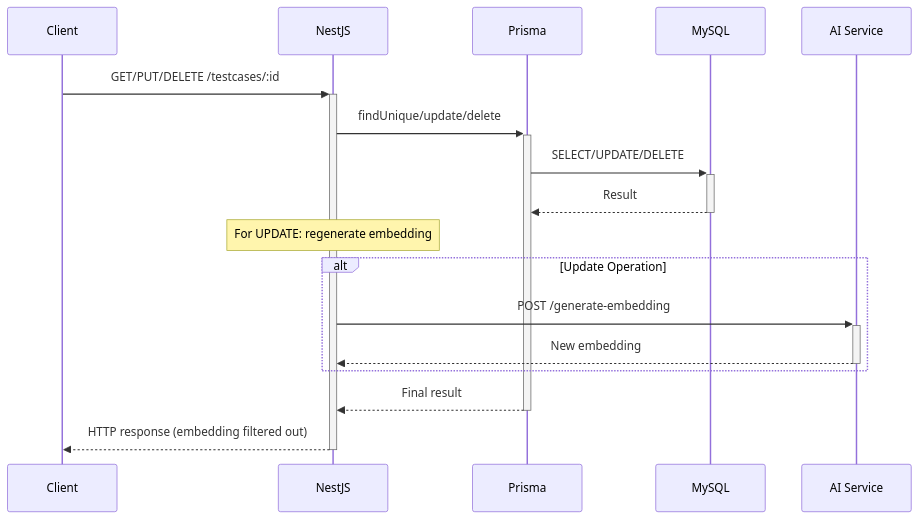
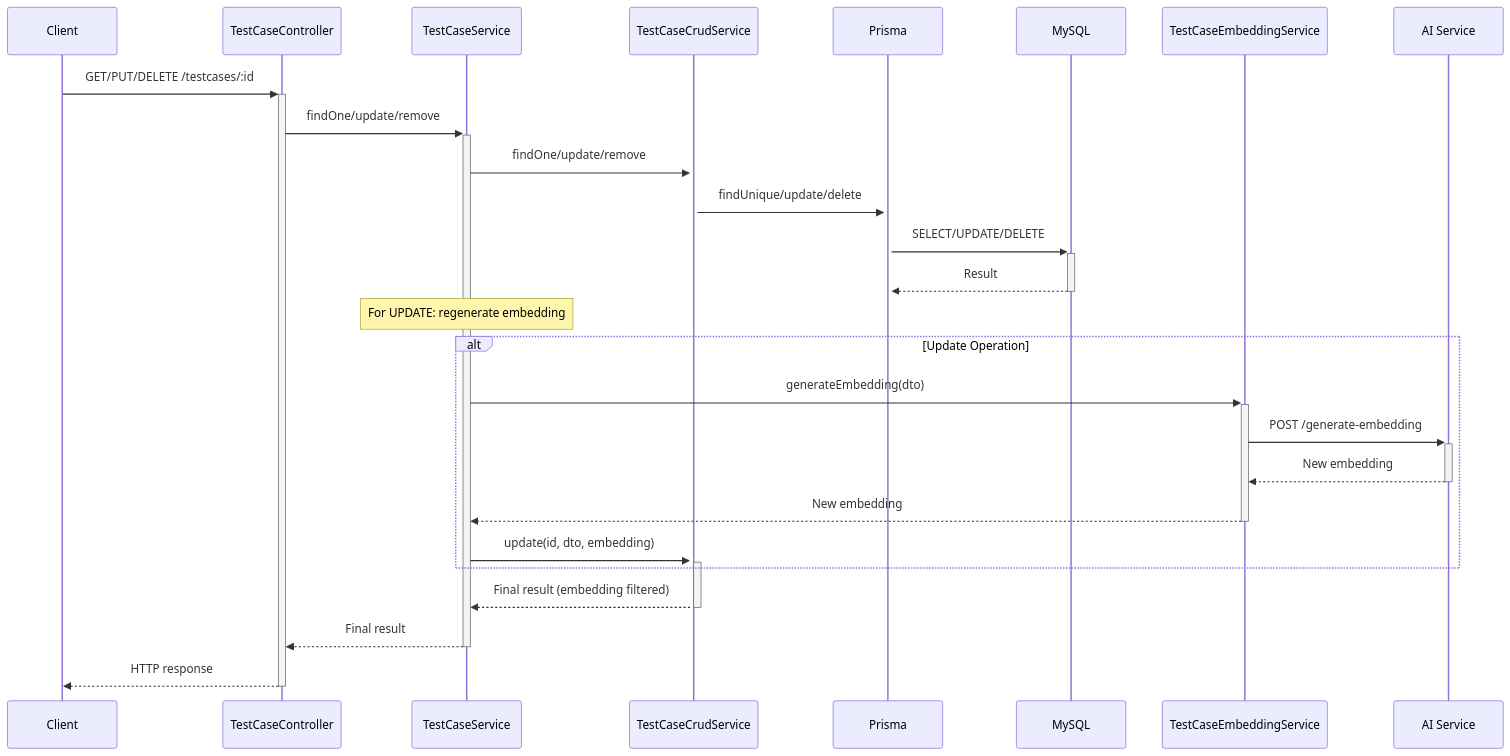
One commit to atiohaidar/test-case-management changed the third of 4 diagrams in docs/Tech.md. Above: the diagram before and after it, drawn with Mermaid. The commit also changed other lines of this file and 7 other files, not shown here.

Commit message:
feat: Refactor TestCase module and services to improve structure and add AI functionalities

````diff
--- a/docs/Tech.md
+++ b/docs/Tech.md
@@ -240,14 +304,20 @@
 ```mermaid
 sequenceDiagram
-    Client->>+NestJS: GET/PUT/DELETE /testcases/:id
-    NestJS->>+Prisma: findUnique/update/delete
+    Client->>+TestCaseController: GET/PUT/DELETE /testcases/:id
+    TestCaseController->>+TestCaseService: findOne/update/remove
+    TestCaseService->>+TestCaseCrudService: findOne/update/remove
+    TestCaseCrudService->>+Prisma: findUnique/update/delete
     Prisma->>+MySQL: SELECT/UPDATE/DELETE
     MySQL-->>-Prisma: Result
-    Note over NestJS: For UPDATE: regenerate embedding
+    Note over TestCaseService: For UPDATE: regenerate embedding
     alt Update Operation
-        NestJS->>+AI Service: POST /generate-embedding
-        AI Service-->>-NestJS: New embedding
+        TestCaseService->>+TestCaseEmbeddingService: generateEmbedding(dto)
+        TestCaseEmbeddingService->>+AI Service: POST /generate-embedding
+        AI Service-->>-TestCaseEmbeddingService: New embedding
+        TestCaseEmbeddingService-->>-TestCaseService: New embedding
+        TestCaseService->>+TestCaseCrudService: update(id, dto, embedding)
     end
-    Prisma-->>-NestJS: Final result
-    NestJS-->>-Client: HTTP response (embedding filtered out)
+    TestCaseCrudService-->>-TestCaseService: Final result (embedding filtered)
+    TestCaseService-->>-TestCaseController: Final result
+    TestCaseController-->>-Client: HTTP response
 ```
````
